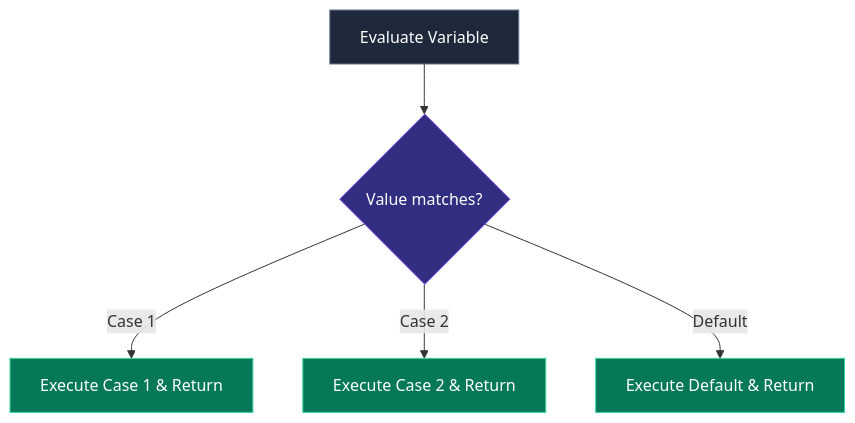
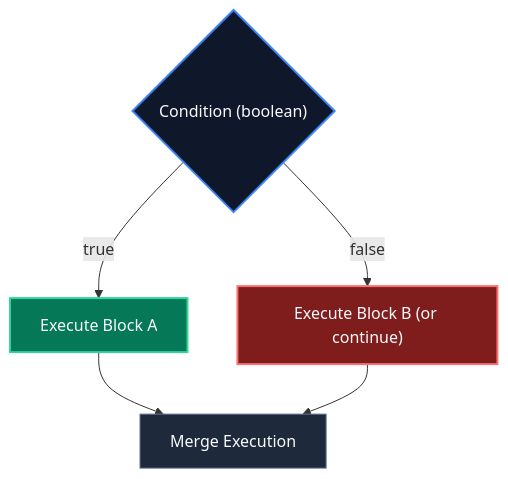
The first of 4 diagrams in content/roadmap/level-0/control-flow.md (ravishankar2463/java_hub), drawn with Mermaid before and after one commit. The commit also changed other lines of this file, not shown here.

Commit message:
docs(level-0): rewrite control flow with human-first voice

````diff
--- a/content/roadmap/level-0/control-flow.md
+++ b/content/roadmap/level-0/control-flow.md
@@ -41,13 +22,12 @@
 ```mermaid
 flowchart TD
-    A["Evaluate Variable"] --> B{"Value matches?"}
-    B -->|Case 1| C["Execute Case 1 & Return"]
-    B -->|Case 2| D["Execute Case 2 & Return"]
-    B -->|Default| E["Execute Default & Return"]
-    
-    style A fill:#1e293b,stroke:#64748b,color:#fff
-    style B fill:#312e81,stroke:#8b5cf6,color:#fff
-    style C fill:#047857,stroke:#34d399,color:#fff
-    style D fill:#047857,stroke:#34d399,color:#fff
-    style E fill:#047857,stroke:#34d399,color:#fff
+    Cond{"Condition (boolean)"} -->|"true"| PathA["Execute Block A"]
+    Cond -->|"false"| PathB["Execute Block B (or continue)"]
+    PathA --> End["Merge Execution"]
+    PathB --> End
+
+    style Cond fill:#0f172a,stroke:#3b82f6,stroke-width:2px,color:#f8fafc
+    style PathA fill:#047857,stroke:#34d399,stroke-width:2px,color:#f8fafc
+    style PathB fill:#7f1d1d,stroke:#f87171,stroke-width:2px,color:#f8fafc
+    style End fill:#1e293b,stroke:#64748b,color:#f8fafc
 ```
````
